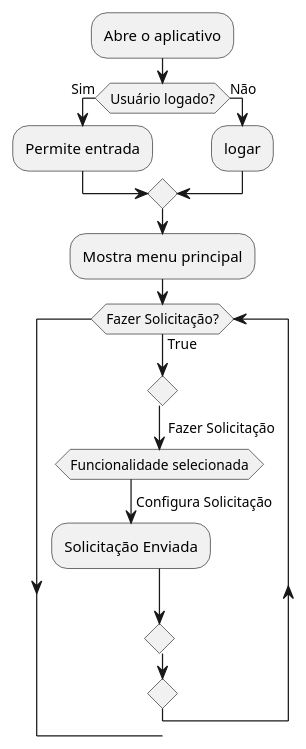
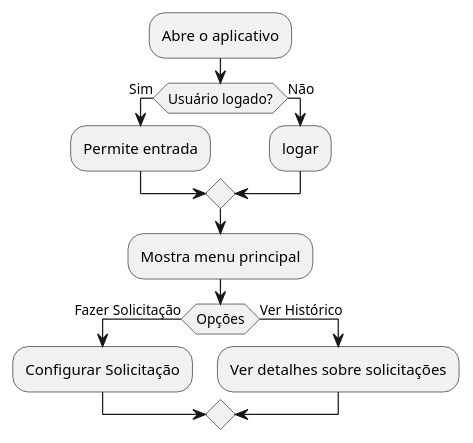
Before and after one commit to RenataArdito/Alerta-ADS: the diagram in ActivityDiagram.md, drawn with PlantUML.

````diff
--- a/ActivityDiagram.md
+++ b/ActivityDiagram.md
@@ -1,24 +1,19 @@
 ```plantuml
 @startuml
 
 :Abre o aplicativo;
 
 if (Usuário logado?) then (Sim)
     :Permite entrada;
 else (Não)
     :logar;
 endif
 :Mostra menu principal;
 
-while (Fazer Solicitação?) is (True)
-switch()
-case ( Fazer Solicitação )
-    switch (Funcionalidade selecionada)
-    case (Configura Solicitação)
-        :Solicitação Enviada;
-    endswitch
-endswitch
-
+if (Opções) then (Fazer Solicitação)
+    :Configurar Solicitação;
+else (Ver Histórico)
+    :Ver detalhes sobre solicitações;
 
 @enduml
 ```
````
